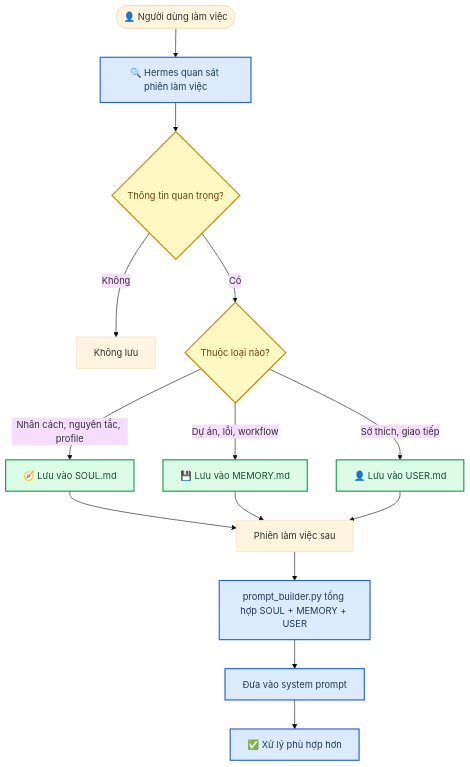
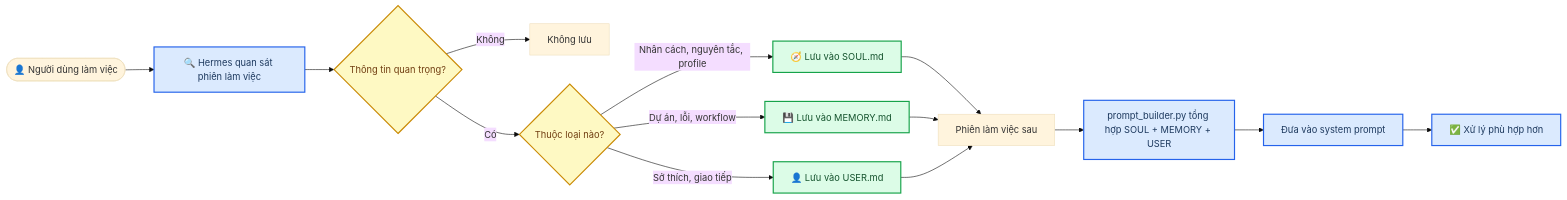
Before and after one commit to lamvu-ha/Hermes_From-theory-to-practice: the second of 9 diagrams in README.md, drawn with Mermaid (base theme). The commit also changed other lines of this file, not shown here.

````diff
--- a/README.md
+++ b/README.md
@@ -84,27 +84,27 @@
 ```mermaid
-flowchart TD
+flowchart LR
     accTitle: Hermes Memory Flow
     accDescr: Flow showing how Hermes decides whether information should be saved into memory and how it is reused in later sessions
 
     user_work([👤 Người dùng làm việc]) --> observe[🔍 Hermes quan sát phiên làm việc]
     observe --> important{Thông tin quan trọng?}
     important -->|Không| skip[Không lưu]
     important -->|Có| classify{Thuộc loại nào?}
     classify -->|Nhân cách, nguyên tắc, profile| soul_memory[🧭 Lưu vào SOUL.md]
     classify -->|Dự án, lỗi, workflow| project_memory[💾 Lưu vào MEMORY.md]
     classify -->|Sở thích, giao tiếp| user_memory[👤 Lưu vào USER.md]
     soul_memory --> next_session[Phiên làm việc sau]
     project_memory --> next_session[Phiên làm việc sau]
     user_memory --> next_session
     next_session --> prompt_builder[prompt_builder.py tổng hợp SOUL + MEMORY + USER]
     prompt_builder --> prompt[Đưa vào system prompt]
     prompt --> better[✅ Xử lý phù hợp hơn]
 
     classDef decision fill:#fef9c3,stroke:#ca8a04,stroke-width:2px,color:#713f12
     classDef data fill:#dcfce7,stroke:#16a34a,stroke-width:2px,color:#14532d
     classDef process fill:#dbeafe,stroke:#2563eb,stroke-width:2px,color:#1e3a5f
 
     class important,classify decision
     class soul_memory,project_memory,user_memory data
     class observe,prompt_builder,prompt,better process
 ```
````
